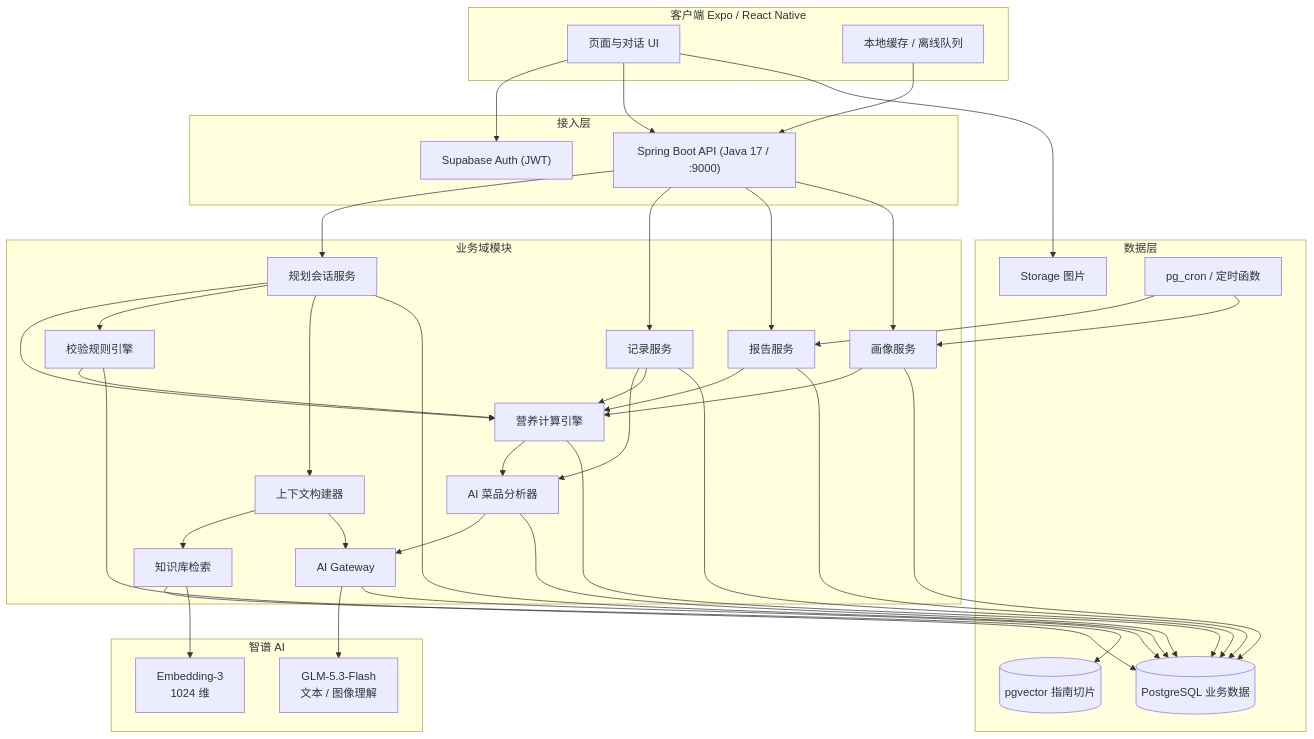
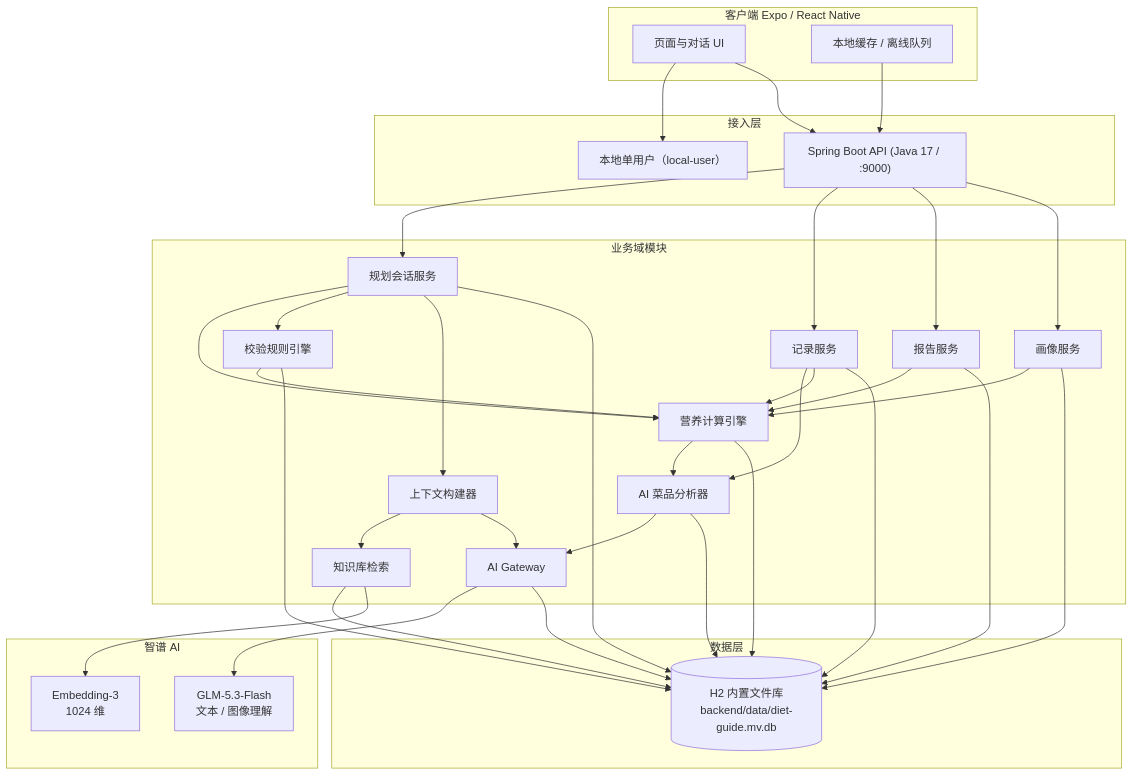
The first of 5 diagrams in docs/膳食指南App技术架构文档.md (hssjxjxsns/diet-guidelines), drawn with Mermaid before and after one commit. The commit also changed other lines of this file and 33 other files, not shown here.

````diff
--- a/docs/膳食指南App技术架构文档.md
+++ b/docs/膳食指南App技术架构文档.md
@@ -45,71 +45,65 @@
 ```mermaid
 flowchart TB
   subgraph Client["客户端 Expo / React Native"]
     UI["页面与对话 UI"]
     LOCAL["本地缓存 / 离线队列"]
   end
 
   subgraph Edge["接入层"]
-    AUTH["Supabase Auth (JWT)"]
+    AUTH["本地单用户（local-user）"]
     FN["Spring Boot API (Java 17 / :9000)"]
   end
 
   subgraph Domain["业务域模块"]
     PLAN["规划会话服务"]
     MEAL["记录服务"]
     REP["报告服务"]
     PROF["画像服务"]
     DISH["AI 菜品分析器"]
     NE["营养计算引擎"]
     VAL["校验规则引擎"]
     CTX["上下文构建器"]
     RAG["知识库检索"]
     GW["AI Gateway"]
   end
 
   subgraph Data["数据层"]
-    PG[("PostgreSQL 业务数据")]
-    VEC[("pgvector 指南切片")]
-    ST["Storage 图片"]
-    JOB["pg_cron / 定时函数"]
+    PG[("H2 内置文件库<br/>backend/data/diet-guide.mv.db")]
   end
 
   subgraph Zhipu["智谱 AI"]
     CHAT["GLM-5.3-Flash<br/>文本 / 图像理解"]
     EMB["Embedding-3<br/>1024 维"]
   end
 
   UI --> AUTH
   UI --> FN
   LOCAL --> FN
   FN --> PLAN
   FN --> MEAL
   FN --> REP
   FN --> PROF
   PLAN --> NE
   PLAN --> VAL
   PLAN --> CTX
   MEAL --> DISH
   MEAL --> NE
   VAL --> NE
   NE --> DISH
   CTX --> RAG
   CTX --> GW
   DISH --> GW
   REP --> NE
   PROF --> NE
-  RAG --> VEC
+  RAG --> PG
   RAG --> EMB
   GW --> CHAT
   PLAN --> PG
   MEAL --> PG
   REP --> PG
   PROF --> PG
   DISH --> PG
   NE --> PG
   VAL --> PG
   GW --> PG
-  UI --> ST
-  JOB --> REP
-  JOB --> PROF
 ```
````
